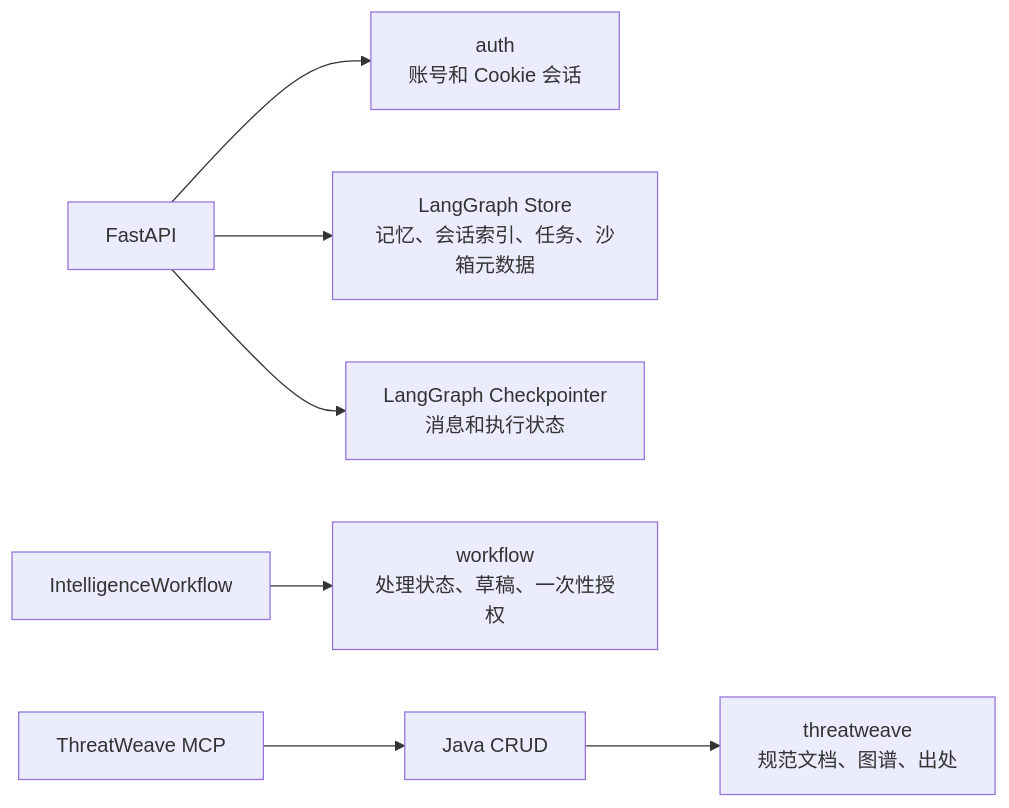
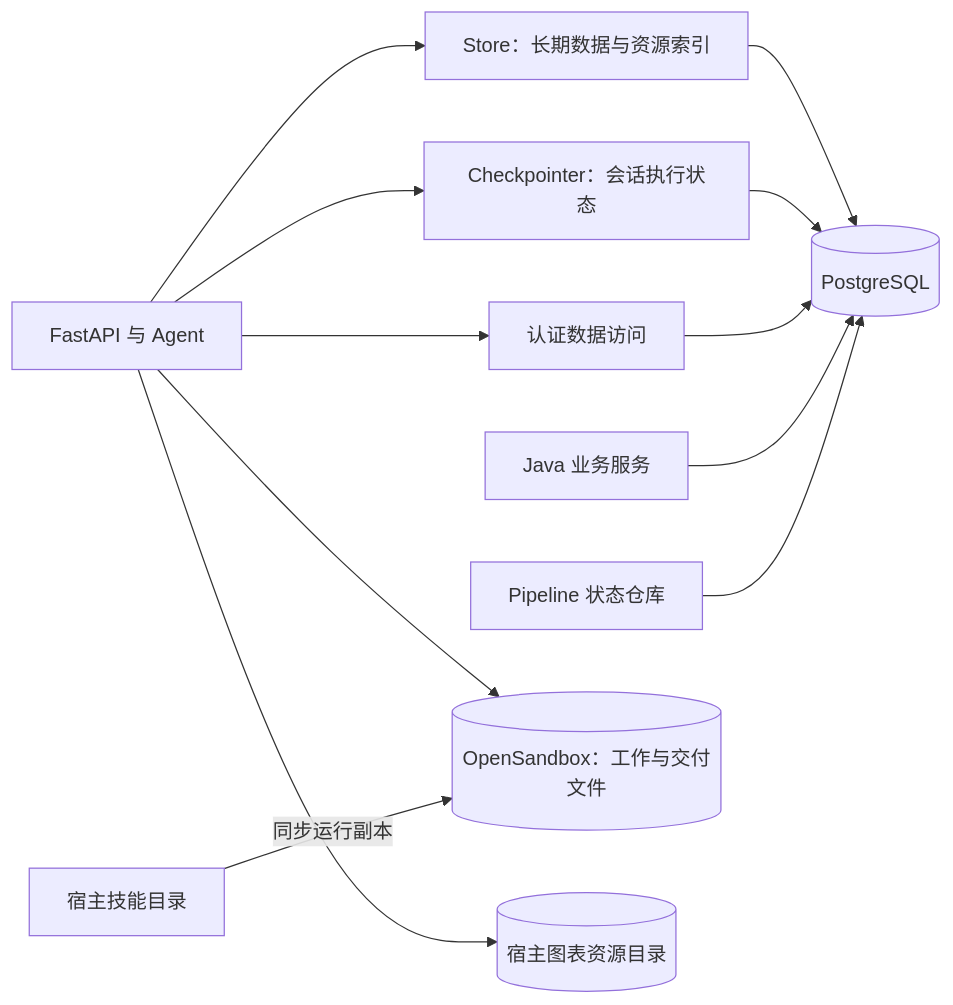
Diagram 15 of 33 in doc/PROJECT_DOCUMENTATION.md (greenC2h/ThreatWeave), drawn with Mermaid before and after one commit. The commit also changed other lines of this file and 9 other files, not shown here.

Commit message:
update threat intelligence workflow

````diff
--- a/doc/PROJECT_DOCUMENTATION.md
+++ b/doc/PROJECT_DOCUMENTATION.md
@@ -429,15 +1187,14 @@
 ```mermaid
 flowchart LR
-    AUTH["auth<br/>账号和 Cookie 会话"]
-    STORE["LangGraph Store<br/>记忆、会话索引、任务、沙箱元数据"]
-    CHECK["LangGraph Checkpointer<br/>消息和执行状态"]
-    FLOW["workflow<br/>处理状态、草稿、一次性授权"]
-    INTEL["threatweave<br/>规范文档、图谱、出处"]
-
-    API["FastAPI"] --> AUTH
-    API --> STORE
-    API --> CHECK
-    WF["IntelligenceWorkflow"] --> FLOW
-    MCP["ThreatWeave MCP"] --> JAVA["Java CRUD"]
-    JAVA --> INTEL
+    API["FastAPI 与 Agent"] --> STORE["Store：长期数据与资源索引"]
+    API --> CHECKPOINT["Checkpointer：会话执行状态"]
+    API --> AUTH["认证数据访问"]
+    STORE --> PG[("PostgreSQL")]
+    CHECKPOINT --> PG
+    AUTH --> PG
+    JAVA["Java 业务服务"] --> PG
+    PIPE["Pipeline 状态仓库"] --> PG
+    API --> SANDBOX[("OpenSandbox：工作与交付文件")]
+    HOST["宿主技能目录"] -->|同步运行副本| SANDBOX
+    API --> LOCAL[("宿主图表资源目录")]
 ```
````
